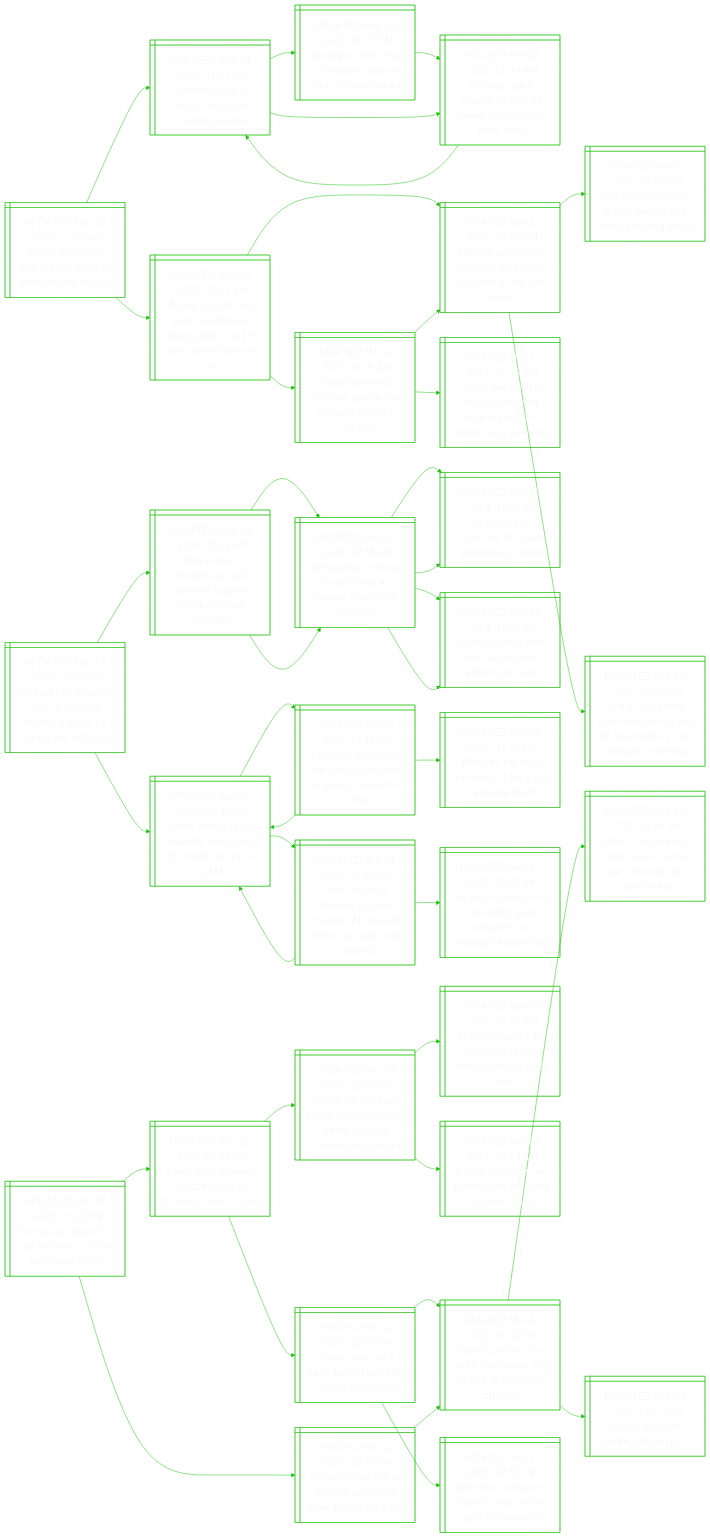
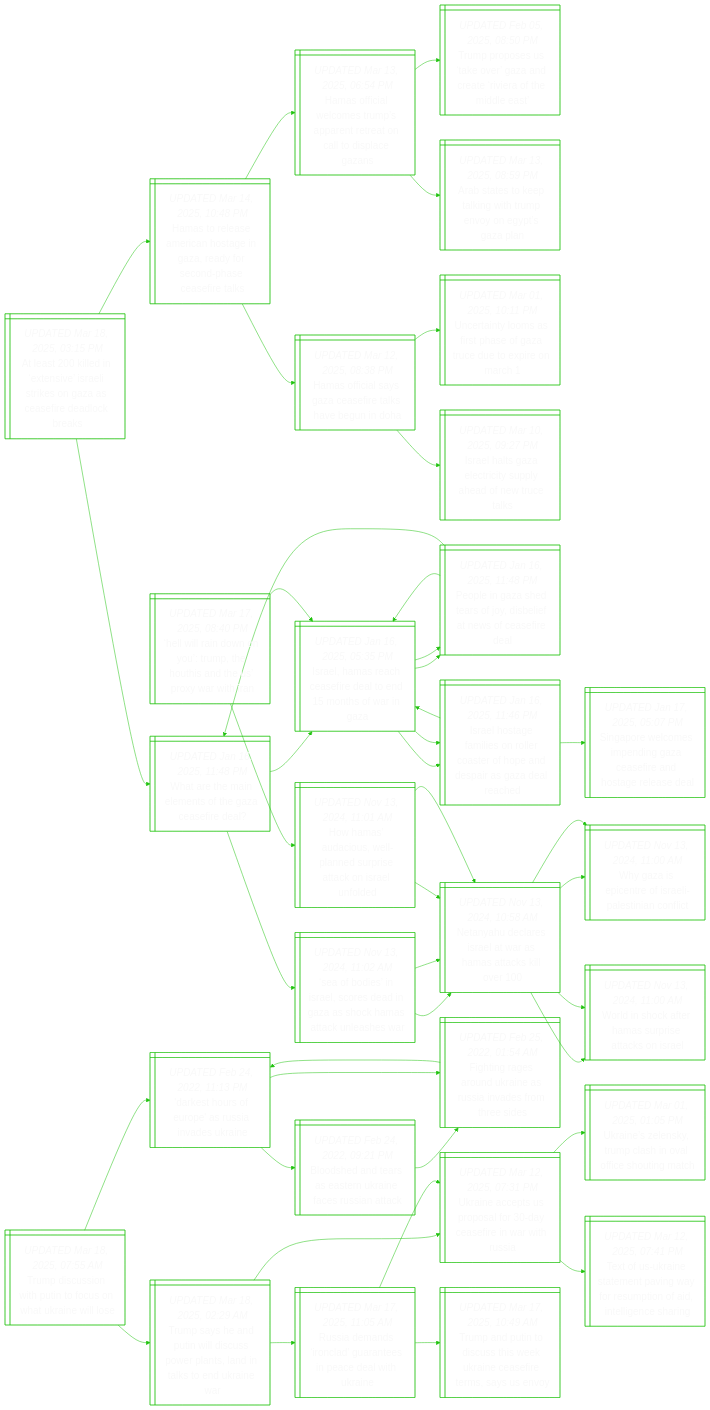
The diagram in README.md (notJmes/notJmes), drawn with Mermaid before and after one commit. The commit also changed other lines of this file, not shown here.

````diff
--- a/README.md
+++ b/README.md
@@ -15,6 +15,52 @@
 %%{init: {'theme':'base', 'themeVariables': {'primaryColor': "transparent", 'primaryTextColor': "#F9F9F9", 'lineColor': "#20C20E", 'primaryBorderColor':'#20C20E'}}}%%
 flowchart LR
 classDef txtsize font-size:20px;
+
+AslessikGsedoe@{ shape: win-pane, label: "_UPDATED Mar 18, 2025, 03:15 PM_
+At least 200 killed in ‘extensive’ israeli strikes on gaza as ceasefire deadlock breaks" }
+Htematnrfcheil@{ shape: win-pane, label: "_UPDATED Mar 14, 2025, 10:48 PM_
+Hamas to release american hostage in gaza, ready for second-phase ceasefire talks" }
+Hoilsparaadaz@{ shape: win-pane, label: "_UPDATED Mar 13, 2025, 06:54 PM_
+Hamas official welcomes trump’s apparent retreat on call to displace gazans" }
+Tpstvzceetda@{ shape: win-pane, label: "_UPDATED Feb 05, 2025, 08:50 PM_
+Trump proposes us ‘take over’ gaza and create ‘riviera of the middle east’" }
+AttpitmogGl@{ shape: win-pane, label: "_UPDATED Mar 13, 2025, 08:59 PM_
+Arab states to keep talking with trump envoy on egypt’s gaza plan" }
+Hoiyaethen@{ shape: win-pane, label: "_UPDATED Mar 12, 2025, 08:38 PM_
+Hamas official says gaza ceasefire talks have begun in doha" }
+UtysraGruxoc@{ shape: win-pane, label: "_UPDATED Mar 01, 2025, 10:11 PM_
+Uncertainty looms as first phase of gaza truce due to expire on march 1" }
+Ilserylaeck@{ shape: win-pane, label: "_UPDATED Mar 10, 2025, 09:27 PM_
+Israel halts gaza electricity supply ahead of new truce talks" }
+Wrmlthaed@{ shape: win-pane, label: "_UPDATED Jan 16, 2025, 11:48 PM_
+What are the main elements of the gaza ceasefire deal?" }
+Ilshedoooia@{ shape: win-pane, label: "_UPDATED Jan 16, 2025, 05:35 PM_
+Israel, hamas reach ceasefire deal to end 15 months of war in gaza" }
+Pezdsyeasarl@{ shape: win-pane, label: "_UPDATED Jan 16, 2025, 11:48 PM_
+People in gaza shed tears of joy, disbelief at news of ceasefire deal" }
+Ilamslorpdiaac@{ shape: win-pane, label: "_UPDATED Jan 16, 2025, 11:46 PM_
+Israel hostage families on roller coaster of hope and despair as gaza deal reached" }
+Sbsrcdnacaale@{ shape: win-pane, label: "_UPDATED Nov 13, 2024, 11:02 AM_
+‘sea of bodies’ in israel, scores dead in gaza as shock hamas attack unleashes war" }
+NyeeawHakl@{ shape: win-pane, label: "_UPDATED Nov 13, 2024, 10:58 AM_
+Netanyahu declares israel at war as hamas attacks kill over 100" }
+NyeeawHakl@{ shape: win-pane, label: "_UPDATED Nov 13, 2024, 10:58 AM_
+Netanyahu declares israel at war as hamas attacks kill over 100" }
+
+AslessikGsedoe:::txtsize --> Htematnrfcheil:::txtsize
+Htematnrfcheil:::txtsize --> Hoilsparaadaz:::txtsize
+Hoilsparaadaz:::txtsize --> Tpstvzceetda:::txtsize
+Hoilsparaadaz:::txtsize --> AttpitmogGl:::txtsize
+Htematnrfcheil:::txtsize --> Hoiyaethen:::txtsize
+Hoiyaethen:::txtsize --> UtysraGruxoc:::txtsize
+Hoiyaethen:::txtsize --> Ilserylaeck:::txtsize
+AslessikGsedoe:::txtsize --> Wrmlthaed:::txtsize
+Wrmlthaed:::txtsize --> Ilshedoooia:::txtsize
+Ilshedoooia:::txtsize --> Pezdsyeasarl:::txtsize
+Ilshedoooia:::txtsize --> Ilamslorpdiaac:::txtsize
+Wrmlthaed:::txtsize --> Sbsrcdnacaale:::txtsize
+Sbsrcdnacaale:::txtsize --> NyeeawHakl:::txtsize
+Sbsrcdnacaale:::txtsize --> NyeeawHakl:::txtsize
 
 Tdswuosaais@{ shape: win-pane, label: "_UPDATED Mar 18, 2025, 07:55 AM_
 Trump discussion with putin to focus on what ukraine will lose" }
@@ -102,41 +148,4 @@
 Ilamslorpdiaac:::txtsize --> Ilshedoooia:::txtsize
 Ilamslorpdiaac:::txtsize --> Speeegcfntee:::txtsize
 
-TshXltStitr@{ shape: win-pane, label: "_UPDATED Mar 18, 2025, 10:29 AM_
-Trump says china’s xi will visit the us in ‘not too distant future’" }
-CsSbaunlsa@{ shape: win-pane, label: "_UPDATED Mar 12, 2025, 06:58 PM_
-China says us owes ‘big thank you’ on fentanyl, calls for talks" }
-Twoefnltfsmee@{ shape: win-pane, label: "_UPDATED Mar 09, 2025, 11:01 PM_
-Trump will not ease up on fentanyl-related tariffs, says us commerce secretary" }
-Tdsfrsrcaaa@{ shape: win-pane, label: "_UPDATED Mar 07, 2025, 06:20 AM_
-Trump delays tariffs for goods under mexico, canada trade deal" }
-Ittfrralprp@{ shape: win-pane, label: "_UPDATED Mar 05, 2025, 08:53 AM_
-It’s not just tariffs: us growth risks are piling up under trump" }
-CvoaaUiitt@{ shape: win-pane, label: "_UPDATED Mar 04, 2025, 12:27 PM_
-China vows to hit back against us tariffs linked to fentanyl" }
-TcrroadcbeC@{ shape: win-pane, label: "_UPDATED Mar 04, 2025, 05:11 PM_
-Trump confirms 25% tariffs on canada and mexico, doubles levy on china" }
-Acnrrhteur@{ shape: win-pane, label: "_UPDATED Feb 17, 2025, 02:51 PM_
-American consumers learn to shop in the age of trump tariffs" }
-ChaUospsiaf@{ shape: win-pane, label: "_UPDATED Mar 04, 2025, 03:18 PM_
-China hits back at us imports as trump’s fresh tariffs take effect" }
-TcrroadcbeC@{ shape: win-pane, label: "_UPDATED Mar 04, 2025, 05:11 PM_
-Trump confirms 25% tariffs on canada and mexico, doubles levy on china" }
-MoapnTghhtfa@{ shape: win-pane, label: "_UPDATED Mar 03, 2025, 11:24 PM_
-Mexico has backup plan in case trump goes through with tariff threat" }
-Fgtaer@{ shape: win-pane, label: "_UPDATED Mar 03, 2025, 06:07 AM_
-Facing up to the realities of trump 2.0" }
-
-TshXltStitr:::txtsize --> CsSbaunlsa:::txtsize
-CsSbaunlsa:::txtsize --> Twoefnltfsmee:::txtsize
-Twoefnltfsmee:::txtsize --> Tdsfrsrcaaa:::txtsize
-Twoefnltfsmee:::txtsize --> Ittfrralprp:::txtsize
-CsSbaunlsa:::txtsize --> CvoaaUiitt:::txtsize
-CvoaaUiitt:::txtsize --> TcrroadcbeC:::txtsize
-CvoaaUiitt:::txtsize --> Acnrrhteur:::txtsize
-TshXltStitr:::txtsize --> ChaUospsiaf:::txtsize
-ChaUospsiaf:::txtsize --> TcrroadcbeC:::txtsize
-TcrroadcbeC:::txtsize --> MoapnTghhtfa:::txtsize
-TcrroadcbeC:::txtsize --> Fgtaer:::txtsize
-
 ```
````
